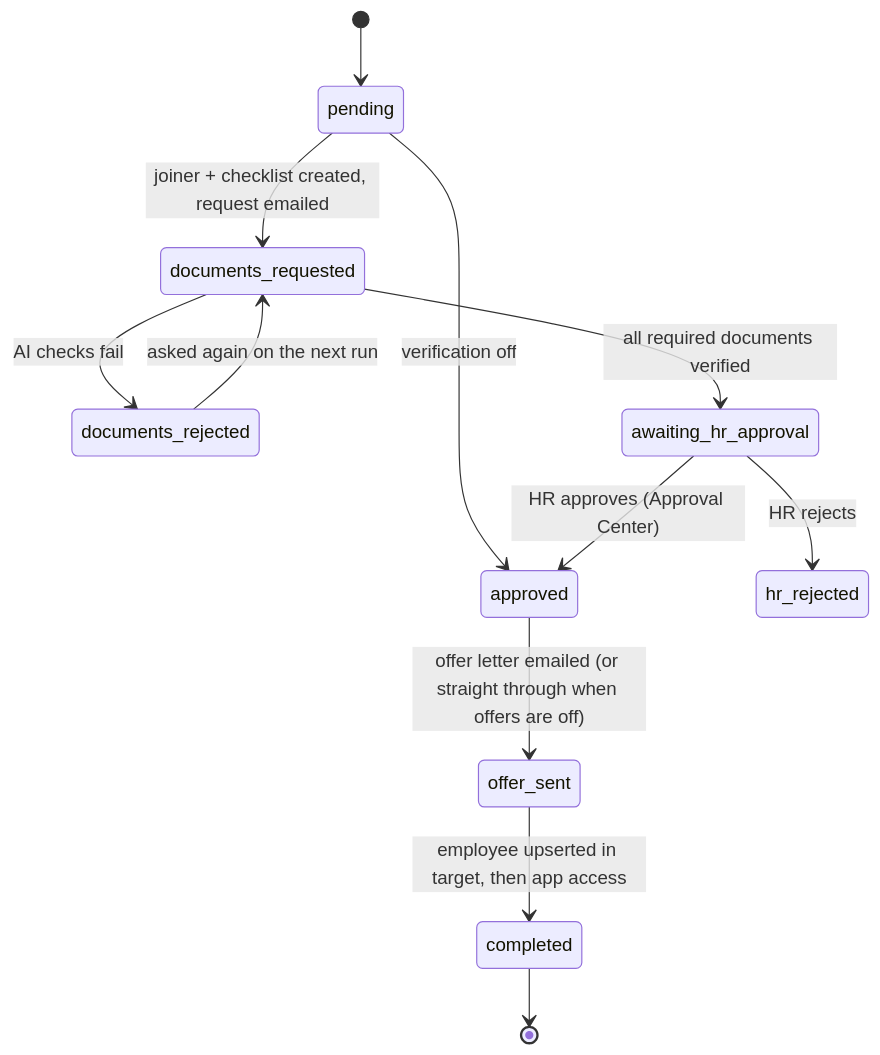
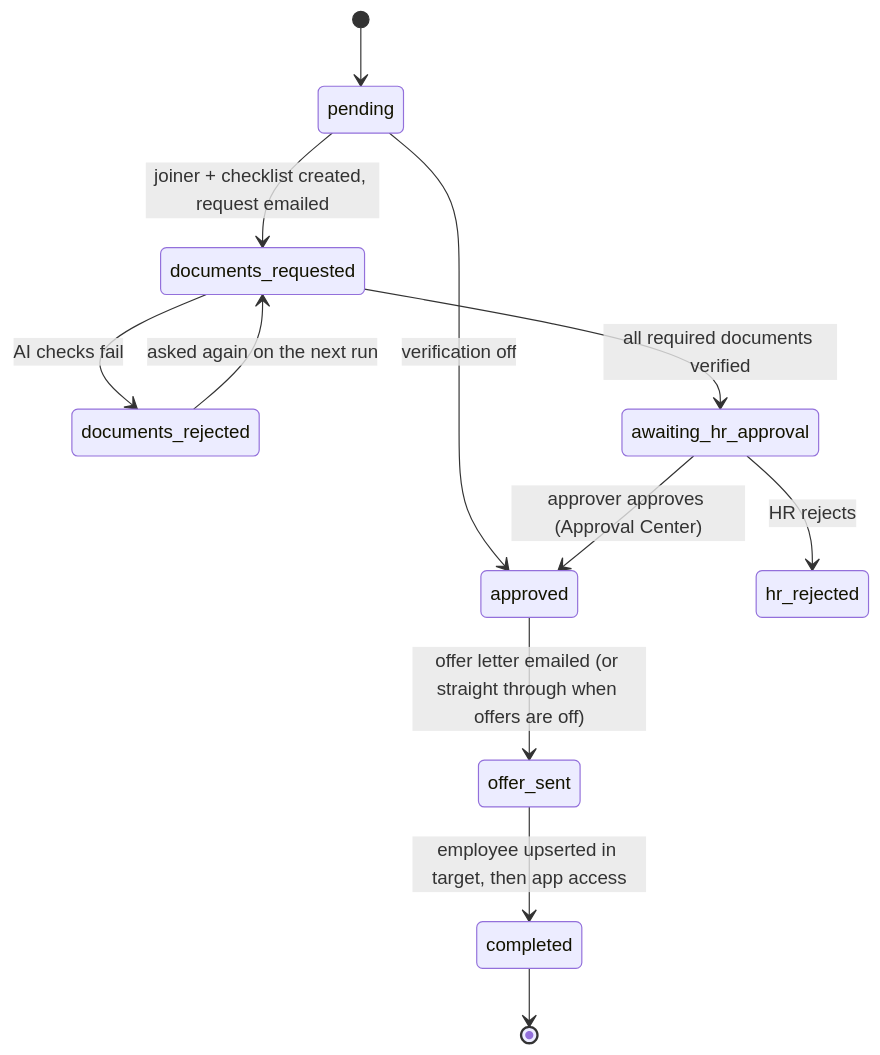
The eighth of 10 diagrams in docs/lld.md (Prateek1771/azentio-hr), drawn with Mermaid before and after one commit. The commit also changed other lines of this file and 5 other files, not shown here.

First line of the commit message:
docs: bring HLD, LLD and architecture docs up to date with Phase 0

````diff
--- a/docs/lld.md
+++ b/docs/lld.md
@@ -407,14 +454,14 @@
 ```mermaid
 stateDiagram-v2
     [*] --> pending
     pending --> documents_requested: joiner + checklist created, request emailed
     pending --> approved: verification off
     documents_requested --> documents_rejected: AI checks fail
     documents_rejected --> documents_requested: asked again on the next run
     documents_requested --> awaiting_hr_approval: all required documents verified
-    awaiting_hr_approval --> approved: HR approves (Approval Center)
+    awaiting_hr_approval --> approved: approver approves (Approval Center)
     awaiting_hr_approval --> hr_rejected: HR rejects
     approved --> offer_sent: offer letter emailed (or straight through when offers are off)
     offer_sent --> completed: employee upserted in target, then app access
     completed --> [*]
 ```
````
